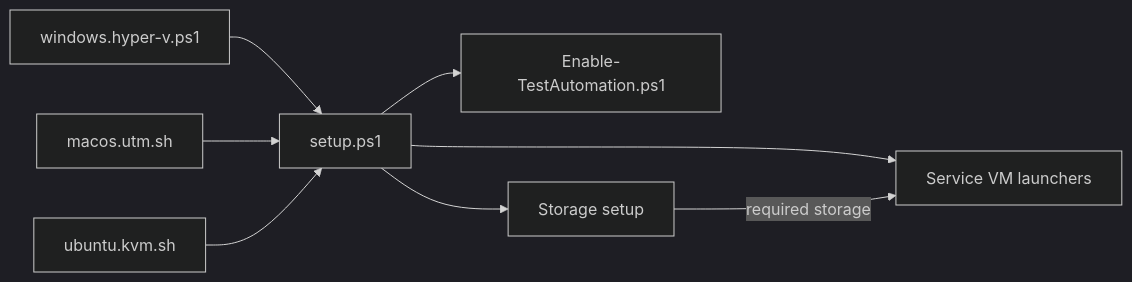
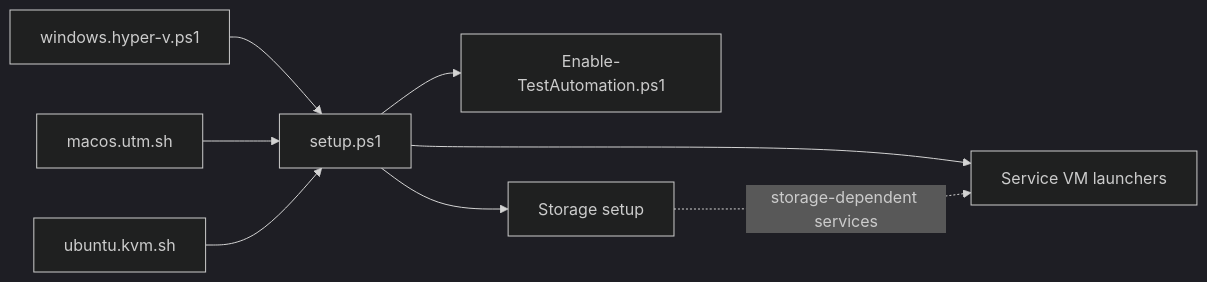
Before and after one commit to alissonsol/yuruna: the first of 7 diagrams in docs/design/02-component-breakdown.md, drawn with Mermaid (dark theme). The commit also changed other lines of this file and 763 other files, not shown here.

````diff
--- a/docs/design/02-component-breakdown.md
+++ b/docs/design/02-component-breakdown.md
@@ -12,17 +12,18 @@
 ```mermaid
 flowchart LR
     windows-hyper-v["windows.hyper-v.ps1"]
     macos-utm["macos.utm.sh"]
     ubuntu-kvm["ubuntu.kvm.sh"]
     setup["setup.ps1"]
     enable-test-automation["Enable-TestAutomation.ps1"]
     test-lab["Storage setup"]
     test-service["Service VM launchers"]
     windows-hyper-v --> setup
     macos-utm --> setup
     ubuntu-kvm --> setup
     setup --> enable-test-automation
     setup --> test-lab
     setup --> test-service
-    test-lab -->|required storage| test-service
+    %% optional: only storage-dependent services consume configured shares
+    test-lab -.->|storage-dependent services| test-service
 ```
````
